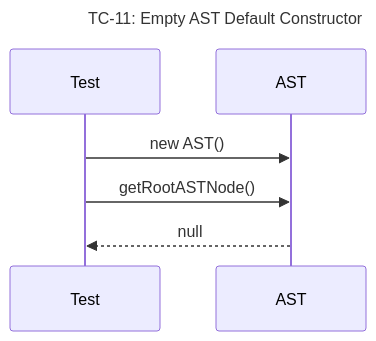
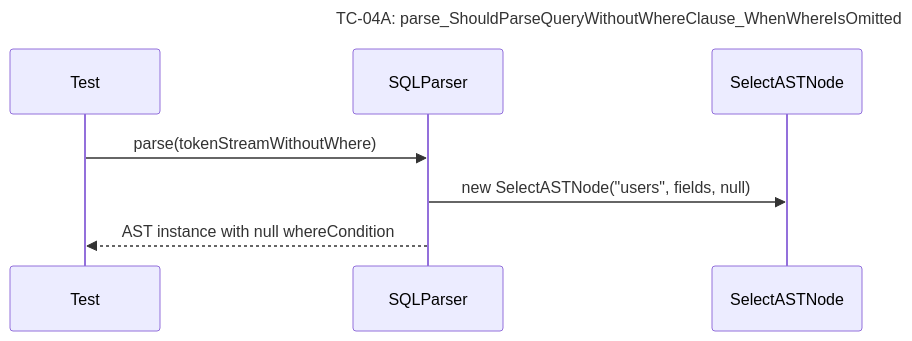
Before and after one commit to Dikhang1112/Database_Management_BBV: diagram 16 of 41 in docs/unit_test/query_prossor/SequeceTestCase.md, drawn with Mermaid. The commit also changed other lines of this file and 6 other files, not shown here.

Commit message:
Add docs sequece diagram and scenario testcase

````diff
--- a/docs/unit_test/query_prossor/SequeceTestCase.md
+++ b/docs/unit_test/query_prossor/SequeceTestCase.md
@@ -185,10 +220,11 @@
 ```mermaid
 sequenceDiagram
-    title TC-11: Empty AST Default Constructor
+    title TC-04A: parse_ShouldParseQueryWithoutWhereClause_WhenWhereIsOmitted
     participant Test
-    participant AST
+    participant SQLParser
+    participant SelectASTNode
 
-    Test->>AST: new AST()
-    Test->>AST: getRootASTNode()
-    AST-->>Test: null
+    Test->>SQLParser: parse(tokenStreamWithoutWhere)
+    SQLParser->>SelectASTNode: new SelectASTNode("users", fields, null)
+    SQLParser-->>Test: AST instance with null whereCondition
 ```
````
